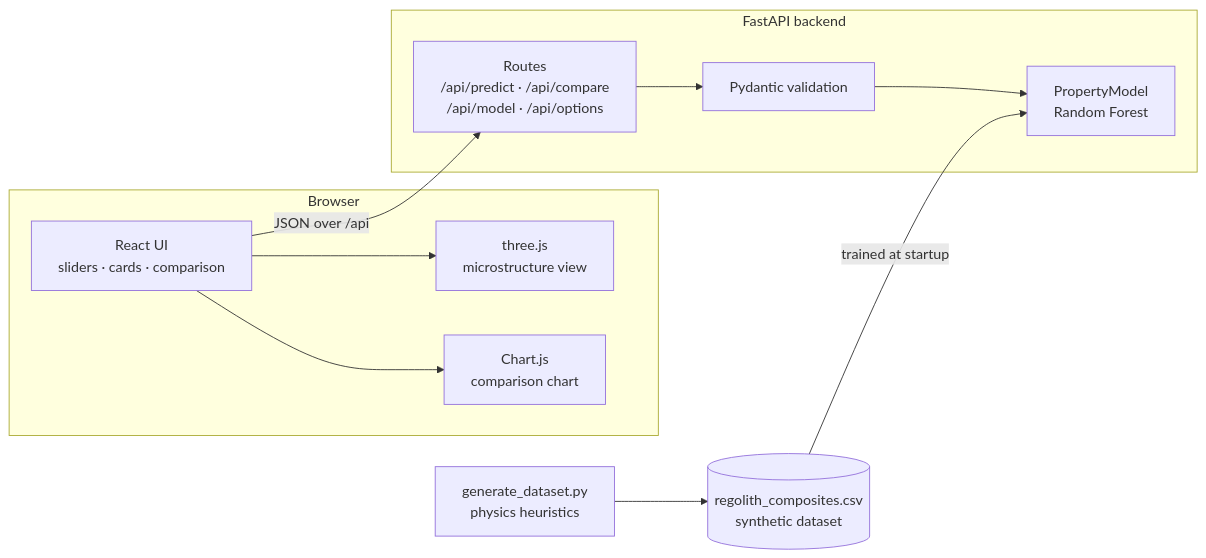
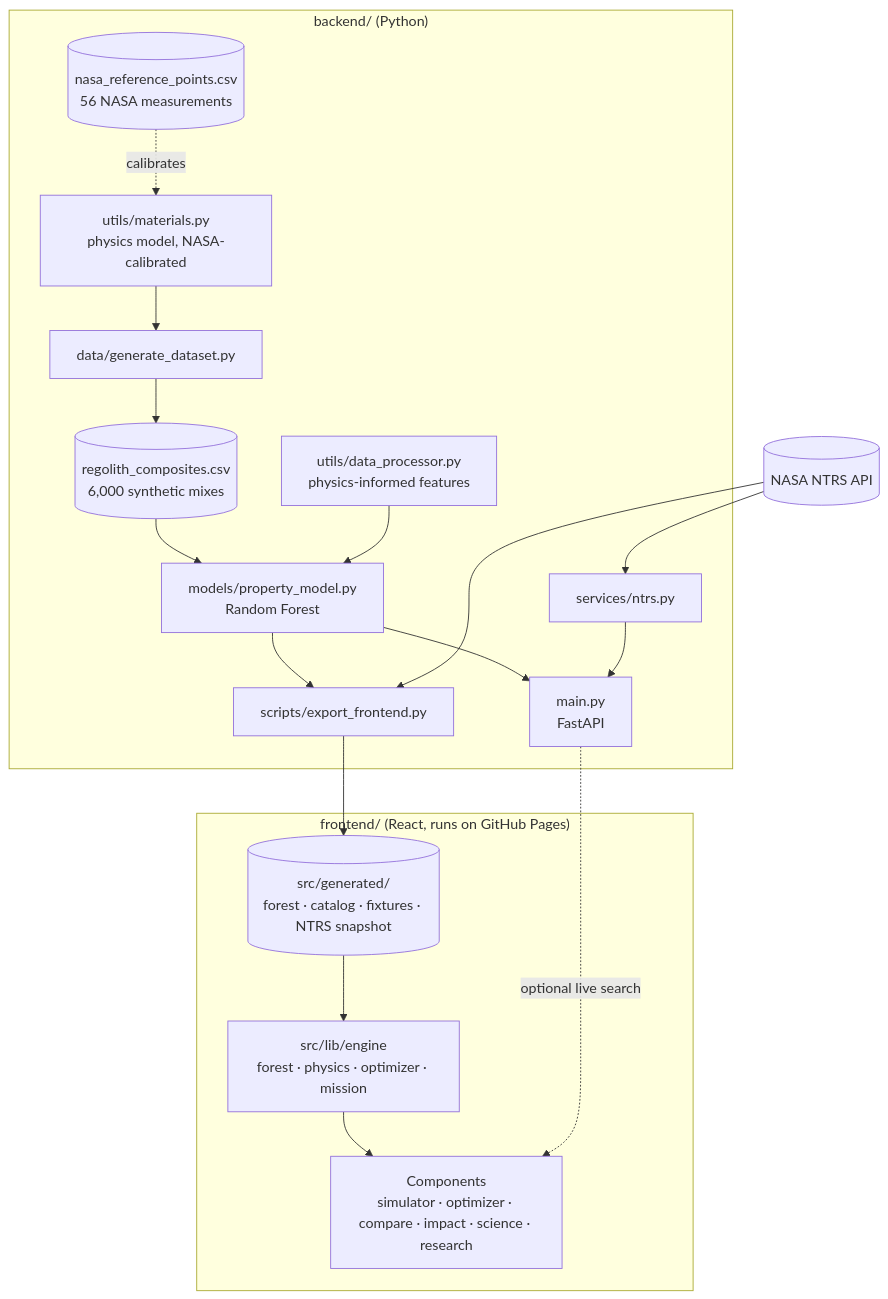
The diagram in docs/architecture.md (md8-habibullah/moon-material-simulator), drawn with Mermaid before and after one commit. The commit also changed other lines of this file and 65 other files, not shown here.

````diff
--- a/docs/architecture.md
+++ b/docs/architecture.md
@@ -3,24 +7,31 @@
 ```mermaid
-flowchart LR
-    subgraph Browser
-        UI[React UI<br/>sliders · cards · comparison]
-        V[three.js<br/>microstructure view]
-        C[Chart.js<br/>comparison chart]
+flowchart TB
+    subgraph Python["backend/ (Python)"]
+        REF[(nasa_reference_points.csv<br/>56 NASA measurements)]
+        PHYS[utils/materials.py<br/>physics model, NASA-calibrated]
+        GEN[data/generate_dataset.py]
+        CSV[(regolith_composites.csv<br/>6,000 synthetic mixes)]
+        FEAT[utils/data_processor.py<br/>physics-informed features]
+        RF[models/property_model.py<br/>Random Forest]
+        EXP[scripts/export_frontend.py]
+        API[main.py<br/>FastAPI]
+        NTRSC[services/ntrs.py]
     end
 
-    subgraph API[FastAPI backend]
-        R[Routes<br/>/api/predict · /api/compare<br/>/api/model · /api/options]
-        P[Pydantic validation]
-        M[PropertyModel<br/>Random Forest]
+    subgraph Browser["frontend/ (React, runs on GitHub Pages)"]
+        GENF[(src/generated/<br/>forest · catalog · fixtures · NTRS snapshot)]
+        ENG[src/lib/engine<br/>forest · physics · optimizer · mission]
+        UI[Components<br/>simulator · optimizer · compare · impact · science · research]
     end
 
-    D[(regolith_composites.csv<br/>synthetic dataset)]
-    G[generate_dataset.py<br/>physics heuristics]
+    NTRS[(NASA NTRS API)]
 
-    UI -- JSON over /api --> R
-    R --> P --> M
-    G --> D
-    D -- trained at startup --> M
-    UI --> V
-    UI --> C
+    REF -. calibrates .-> PHYS
+    PHYS --> GEN --> CSV --> RF
+    FEAT --> RF
+    RF --> EXP --> GENF --> ENG --> UI
+    RF --> API
+    NTRS --> NTRSC --> API
+    NTRS --> EXP
+    API -. optional live search .-> UI
 ```
````
